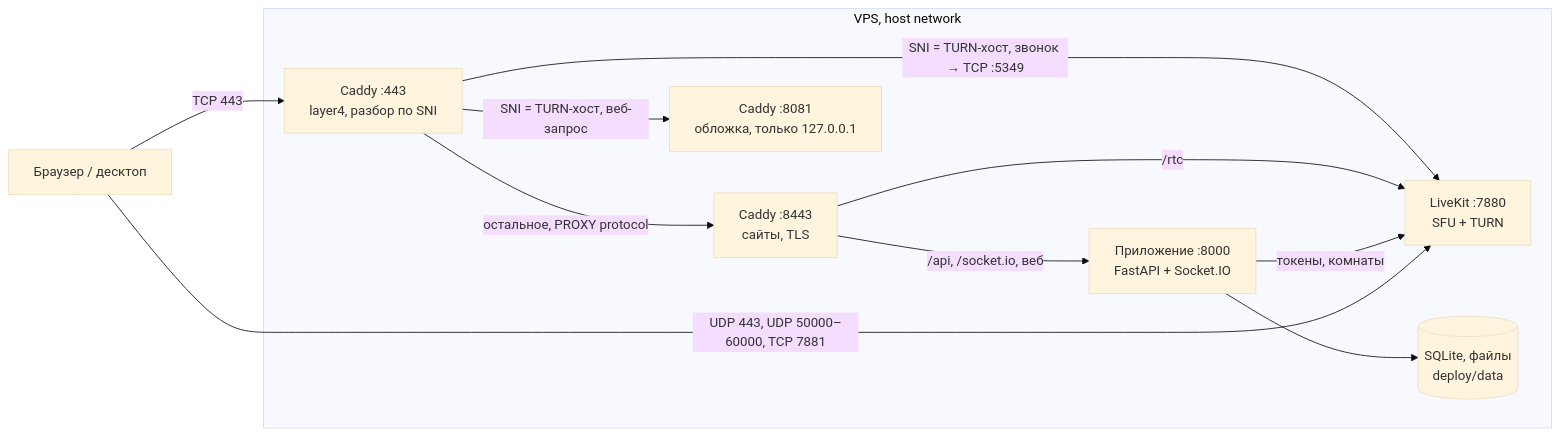
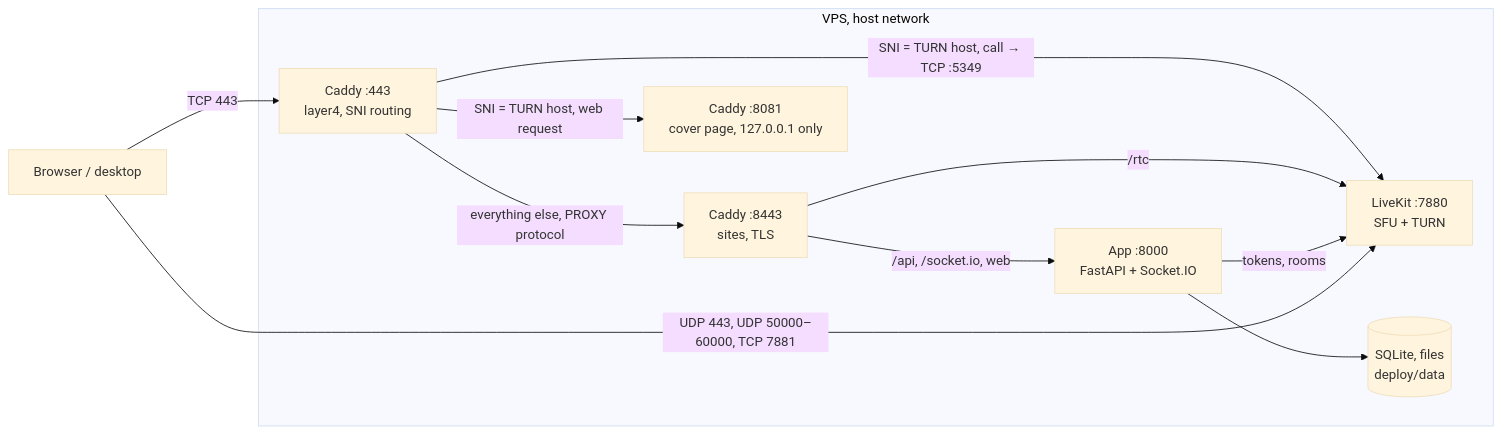
One commit to atriumchat/atrium changed the diagram in README.md. Above: the diagram before and after it, drawn with Mermaid (base theme). The commit also changed other lines of this file and 20 other files, not shown here.

First line of the commit message:
Desktop and README in English: shared ru/en dictionary, pages filled by data-i18n

````diff
--- a/README.md
+++ b/README.md
@@ -45,21 +48,21 @@
 ```mermaid
 flowchart LR
-  client["Браузер / десктоп"]
+  client["Browser / desktop"]
   subgraph vps["VPS, host network"]
-    l4["Caddy :443<br/>layer4, разбор по SNI"]
-    site["Caddy :8443<br/>сайты, TLS"]
-    cover["Caddy :8081<br/>обложка, только 127.0.0.1"]
-    app["Приложение :8000<br/>FastAPI + Socket.IO"]
+    l4["Caddy :443<br/>layer4, SNI routing"]
+    site["Caddy :8443<br/>sites, TLS"]
+    cover["Caddy :8081<br/>cover page, 127.0.0.1 only"]
+    app["App :8000<br/>FastAPI + Socket.IO"]
     lk["LiveKit :7880<br/>SFU + TURN"]
-    db[("SQLite, файлы<br/>deploy/data")]
+    db[("SQLite, files<br/>deploy/data")]
   end
   client -- "TCP 443" --> l4
-  l4 -- "SNI = TURN-хост, звонок → TCP :5349" --> lk
-  l4 -- "SNI = TURN-хост, веб-запрос" --> cover
-  l4 -- "остальное, PROXY protocol" --> site
+  l4 -- "SNI = TURN host, call → TCP :5349" --> lk
+  l4 -- "SNI = TURN host, web request" --> cover
+  l4 -- "everything else, PROXY protocol" --> site
   site -- "/rtc" --> lk
-  site -- "/api, /socket.io, веб" --> app
+  site -- "/api, /socket.io, web" --> app
   app --> db
-  app -- "токены, комнаты" --> lk
+  app -- "tokens, rooms" --> lk
   client -- "UDP 443, UDP 50000–60000, TCP 7881" --> lk
 ```
````
